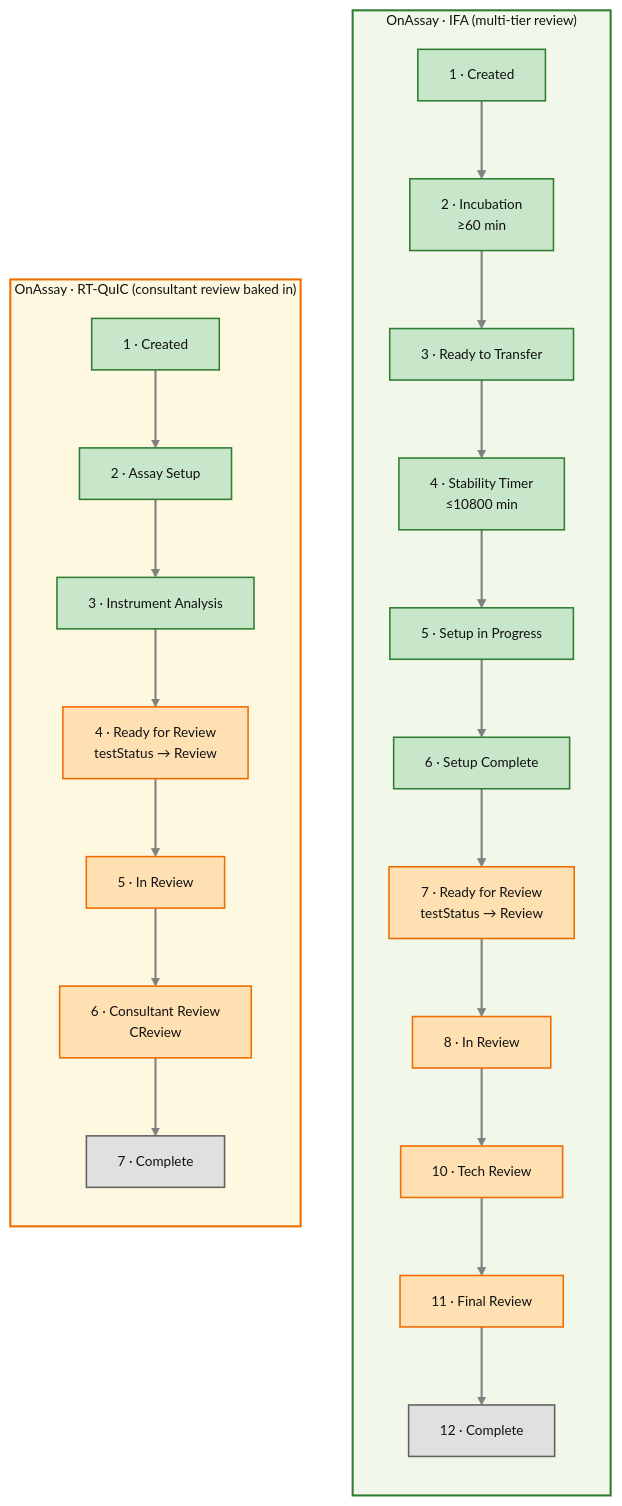
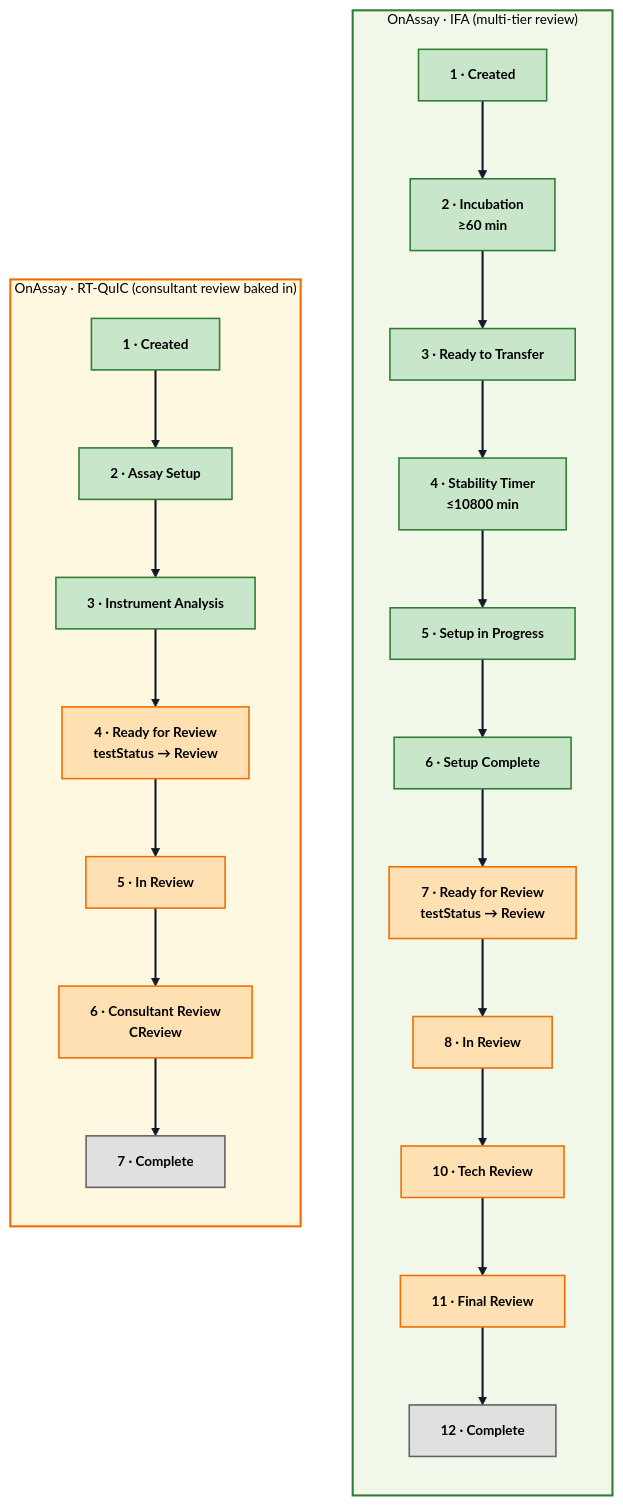
Before and after one commit to fengyanglin09/my-work-dashboard-app: the fourth of 4 diagrams in src/assets/pages/app-resources/nerds/appDetails/00step/testing-stage/testing-stage.md, drawn with Mermaid. The commit also changed other lines of this file and 35 other files, not shown here.

Commit message:
Add new mermaid diagrams for workflow and testing processes

````diff
--- a/src/assets/pages/app-resources/nerds/appDetails/00step/testing-stage/testing-stage.md
+++ b/src/assets/pages/app-resources/nerds/appDetails/00step/testing-stage/testing-stage.md
@@ -397,40 +397,40 @@
 ```mermaid
-%%{init: {"theme":"base", "themeVariables":{"background":"#ffffff","lineColor":"#808080","edgeLabelBackground":"#ffffff","fontSize":"13px"}, "flowchart":{"curve":"linear"}}}%%
+%%{init: {"theme":"base", "themeVariables":{"background":"#ffffff","mainBkg":"#ffffff","primaryColor":"#f8fafc","primaryTextColor":"#000000","primaryBorderColor":"#111827","secondaryColor":"#f8fafc","secondaryTextColor":"#000000","secondaryBorderColor":"#111827","tertiaryColor":"#f8fafc","tertiaryTextColor":"#000000","tertiaryBorderColor":"#111827","lineColor":"#111827","defaultLinkColor":"#111827","nodeTextColor":"#000000","textColor":"#000000","titleColor":"#000000","edgeLabelBackground":"#ffffff","clusterBkg":"#f8fafc","clusterBorder":"#111827","fontSize":"13px"}, "themeCSS":".nodeLabel,.nodeLabel *,.edgeLabel,.edgeLabel *,.cluster-label,.cluster-label *,.label,.label *,foreignObject,foreignObject *,text,tspan{color:#000000 !important;fill:#000000 !important;font-weight:700 !important;}.edgeLabel rect,.labelBkg{fill:#ffffff !important;opacity:0.96 !important;}", "flowchart":{"curve":"linear","htmlLabels":false}}}%%
 flowchart TB
     subgraph IFA["OnAssay · IFA (multi-tier review)"]
         direction TB
         I1[1 · Created] --> I2[2 · Incubation<br/>≥60 min]
         I2 --> I3[3 · Ready to Transfer]
         I3 --> I4[4 · Stability Timer<br/>≤10800 min]
         I4 --> I5[5 · Setup in Progress]
         I5 --> I6[6 · Setup Complete]
         I6 --> I7[7 · Ready for Review<br/>testStatus → Review]
         I7 --> I8[8 · In Review]
         I8 --> I9[10 · Tech Review]
         I9 --> I10[11 · Final Review]
         I10 --> I11[12 · Complete]
     end
 
     subgraph RTQ["OnAssay · RT-QuIC (consultant review baked in)"]
         direction TB
         R1[1 · Created] --> R2[2 · Assay Setup]
         R2 --> R3[3 · Instrument Analysis]
         R3 --> R4[4 · Ready for Review<br/>testStatus → Review]
         R4 --> R5[5 · In Review]
         R5 --> R6[6 · Consultant Review<br/>CReview]
         R6 --> R7[7 · Complete]
     end
 
-    classDef assay  fill:#c8e6c9,stroke:#2e7d32,stroke-width:1.5px,color:#111111;
-    classDef review fill:#ffe0b2,stroke:#ef6c00,stroke-width:1.5px,color:#111111;
-    classDef done   fill:#e0e0e0,stroke:#616161,stroke-width:1.5px,color:#111111;
+    classDef assay  fill:#c8e6c9,stroke:#2e7d32,stroke-width:1.5px,color:#000000,font-weight:700;
+    classDef review fill:#ffe0b2,stroke:#ef6c00,stroke-width:1.5px,color:#000000,font-weight:700;
+    classDef done   fill:#e0e0e0,stroke:#616161,stroke-width:1.5px,color:#000000,font-weight:700;
 
     class I1,I2,I3,I4,I5,I6,R1,R2,R3 assay;
     class I7,I8,I9,I10,R4,R5,R6 review;
     class I11,R7 done;
 
-    style IFA fill:#f1f8e9,stroke:#2e7d32,stroke-width:2px,color:#111111
-    style RTQ fill:#fff8e1,stroke:#ef6c00,stroke-width:2px,color:#111111
+    style IFA fill:#f1f8e9,stroke:#2e7d32,stroke-width:2px,color:#000000,font-weight:700
+    style RTQ fill:#fff8e1,stroke:#ef6c00,stroke-width:2px,color:#000000,font-weight:700
 
-    linkStyle default stroke:#808080,stroke-width:2px
+    linkStyle default stroke:#111827,stroke-width:2px
 ```
````
